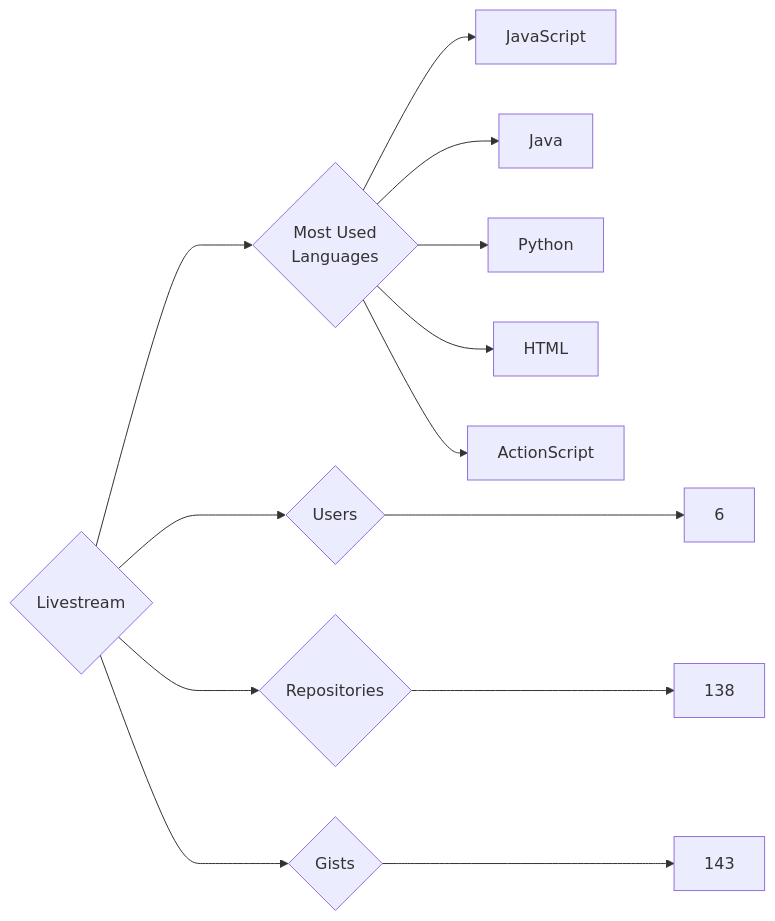
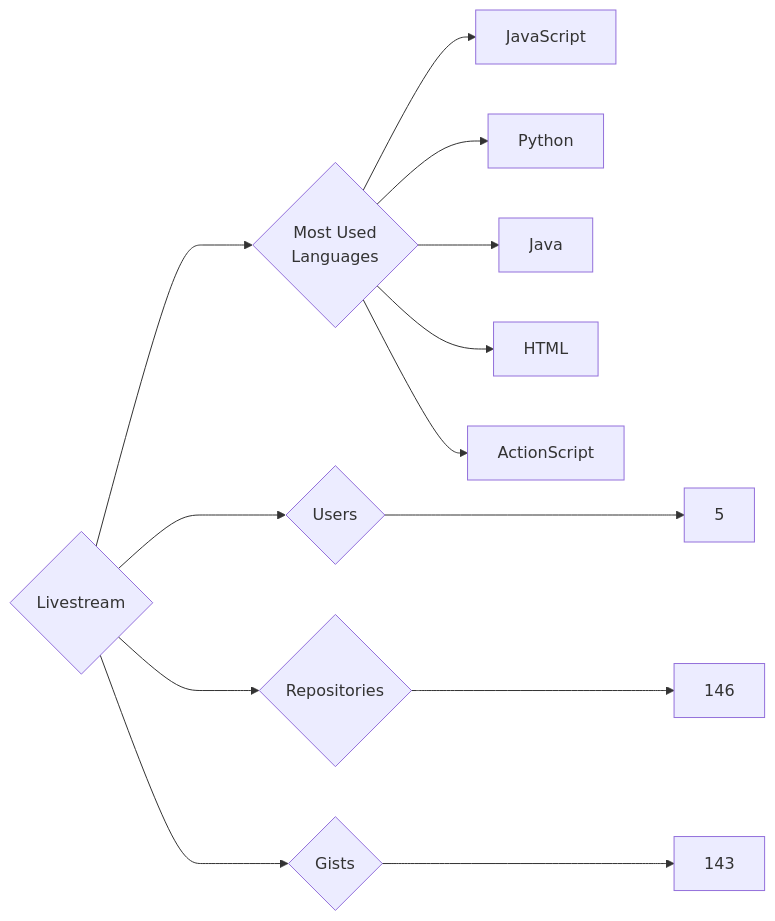
One commit to trickest/insiders changed the diagram in targets/Livestream/README.md. Above: the diagram before and after it, drawn with Mermaid. The commit also changed 903 other files, not shown here.

````diff
--- a/targets/Livestream/README.md
+++ b/targets/Livestream/README.md
@@ -3,13 +3,13 @@
 ```mermaid
 graph LR
 COMPANY_NAME{Livestream}
-COMPANY_NAME ---> U{Users} ---> UN[6]
-COMPANY_NAME ---> R{Repositories} ---> RN[138]
+COMPANY_NAME ---> U{Users} ---> UN[5]
+COMPANY_NAME ---> R{Repositories} ---> RN[146]
 COMPANY_NAME ---> G{Gists} ---> GN[143]
 COMPANY_NAME ---> ML{Most Used<br>Languages}
 ML --> JavaScript[JavaScript]
+ML --> Python[Python]
 ML --> Java[Java]
-ML --> Python[Python]
 ML --> HTML[HTML]
 ML --> ActionScript[ActionScript]
 ```
````
